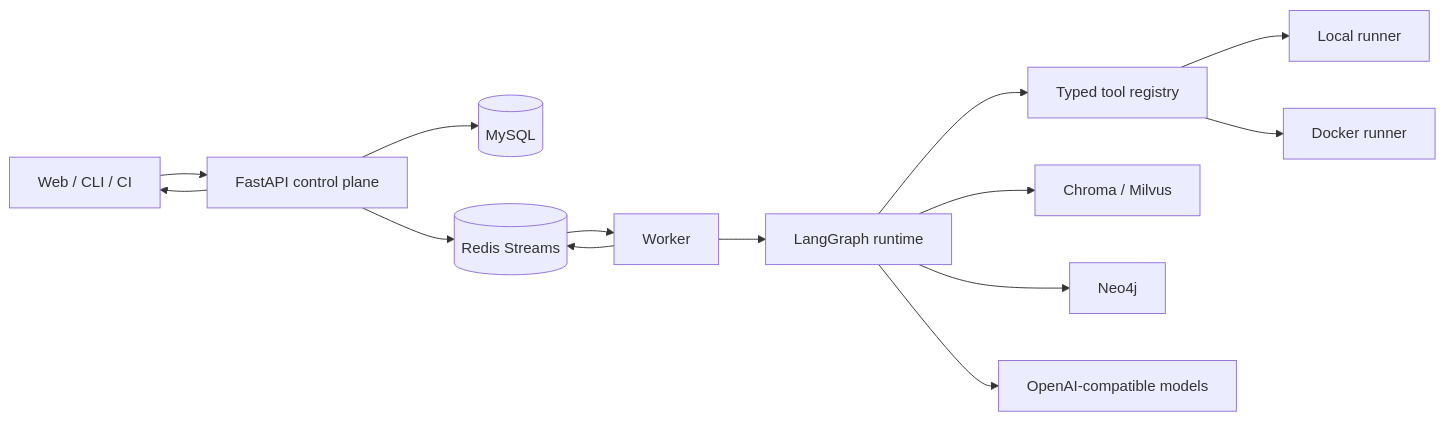
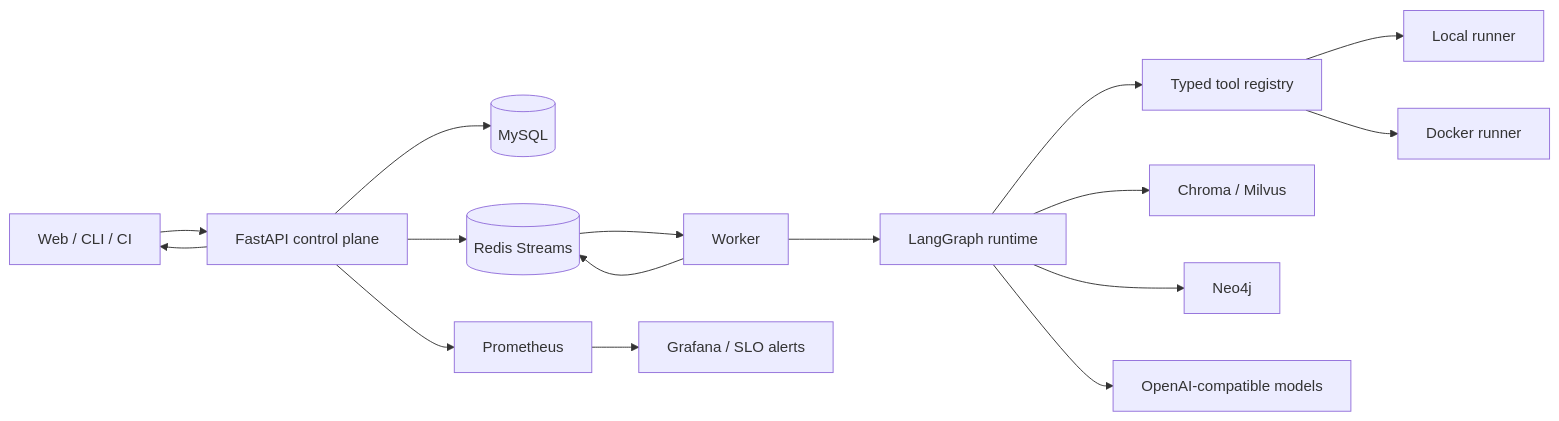
One commit to whitecathu/zhixiao-agent changed the first of 2 diagrams in docs/ARCHITECTURE.md. Above: the diagram before and after it, drawn with Mermaid. The commit also changed other lines of this file and 73 other files, not shown here.

````diff
--- a/docs/ARCHITECTURE.md
+++ b/docs/ARCHITECTURE.md
@@ -5,16 +5,18 @@
 ```mermaid
 flowchart LR
   U["Web / CLI / CI"] --> A["FastAPI control plane"]
   A --> DB[(MySQL)]
   A --> R[(Redis Streams)]
   R --> W["Worker"]
   W --> G["LangGraph runtime"]
   G --> T["Typed tool registry"]
   T --> L["Local runner"]
   T --> D["Docker runner"]
   G --> V["Chroma / Milvus"]
   G --> N["Neo4j"]
   G --> M["OpenAI-compatible models"]
+  A --> P["Prometheus"]
+  P --> F["Grafana / SLO alerts"]
   W --> R
   A --> U
 ```
````
